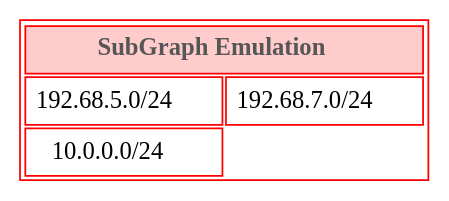
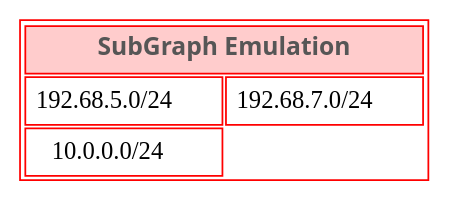
Before and after one commit to rebelinux/Diagrammer.Core: the second of 4 diagrams in Docs/dev-guide/commands/Add-DiaHTMLSubGraph.md, drawn with Graphviz. The commit also changed other lines of this file and 75 other files, not shown here.

First line of the commit message:
Refactor font properties in tests and Graphviz source files

````diff
--- a/Docs/dev-guide/commands/Add-DiaHTMLSubGraph.md
+++ b/Docs/dev-guide/commands/Add-DiaHTMLSubGraph.md
@@ -61,6 +61,6 @@
         ```graphviz dot AddDiaHTMLSubGraph_draftmode.png
             digraph g {
                 node [shape=plain];
-                a [label=<<TABLE BGColor="#ffffff" COLOR="red" border="1" cellborder="1" cellpadding="5"><TR><TD bgcolor="#FFCCCC" ALIGN="Center" colspan="2"><FONT FACE="Segoe Ui Black" Color="#565656" POINT-SIZE="14"><B>SubGraph Emulation</B></FONT></TD></TR><TR><TD align="Center" colspan="1"><FONT POINT-SIZE="14">192.68.5.0/24</FONT></TD><TD align="Center" colspan="1"><FONT POINT-SIZE="14">192.68.7.0/24</FONT></TD></TR><TR><TD align="Center" colspan="1"><FONT POINT-SIZE="14">10.0.0.0/24</FONT></TD></TR></TABLE>>];
+                a [label=<<TABLE BGColor="#ffffff" COLOR="red" border="1" cellborder="1" cellpadding="5"><TR><TD bgcolor="#FFCCCC" ALIGN="Center" colspan="2"><FONT FACE="Segoe Ui" Color="#565656" POINT-SIZE="14"><B>SubGraph Emulation</B></FONT></TD></TR><TR><TD align="Center" colspan="1"><FONT POINT-SIZE="14">192.68.5.0/24</FONT></TD><TD align="Center" colspan="1"><FONT POINT-SIZE="14">192.68.7.0/24</FONT></TD></TR><TR><TD align="Center" colspan="1"><FONT POINT-SIZE="14">10.0.0.0/24</FONT></TD></TR></TABLE>>];
             }
         ```
````
